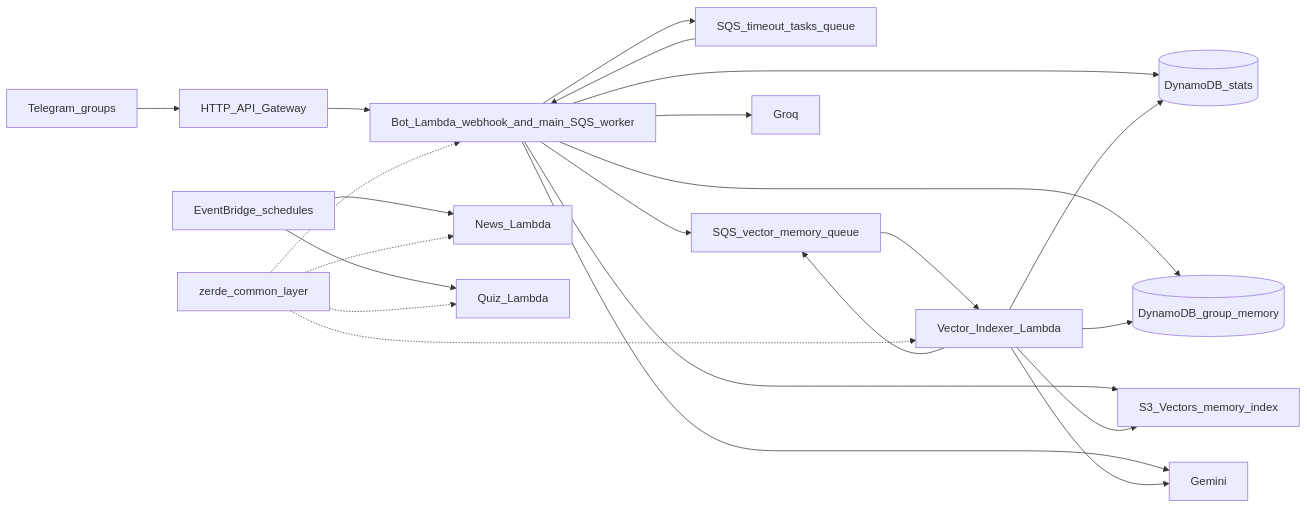
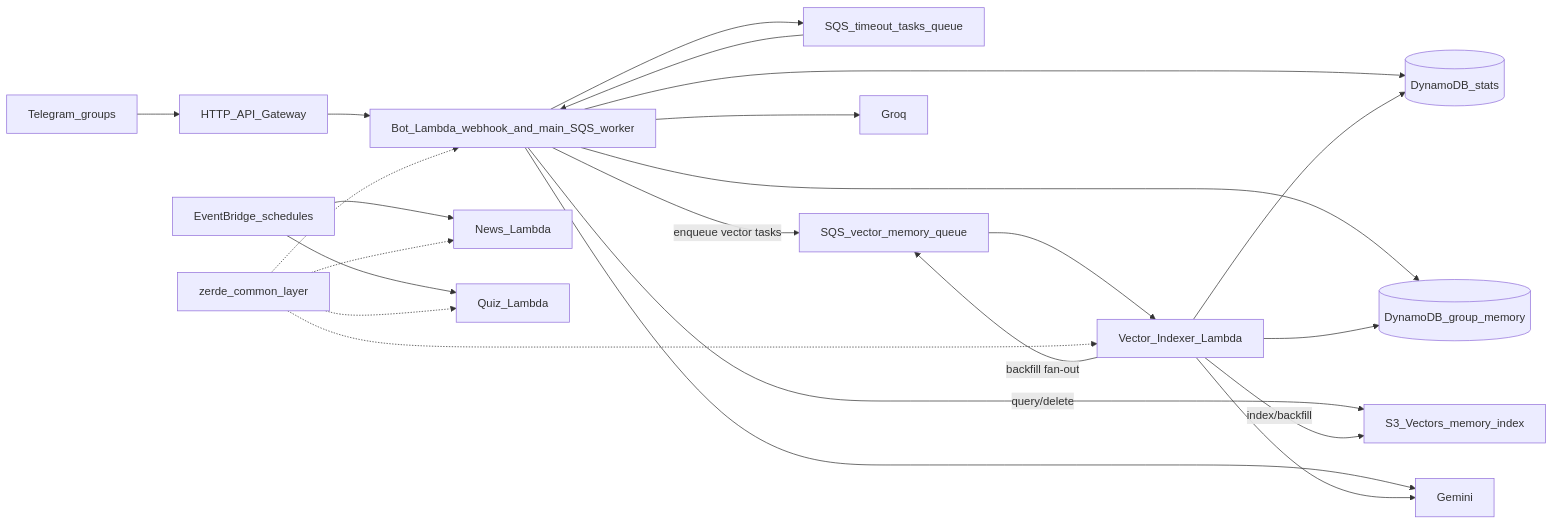
The diagram in .codex/AGENTS.md (Bayashat/zerde-serverless-bot), drawn with Mermaid before and after one commit. The commit also changed 9 other files, not shown here.

Commit message:
docs: align vector indexer architecture (#119)

````diff
--- a/.codex/AGENTS.md
+++ b/.codex/AGENTS.md
@@ -50,25 +50,25 @@
 ```mermaid
 flowchart LR
   Telegram[Telegram_groups] --> APIGW[HTTP_API_Gateway]
   APIGW --> BotLambda[Bot_Lambda_webhook_and_main_SQS_worker]
   MainQ[SQS_timeout_tasks_queue] --> BotLambda
   VectorQ[SQS_vector_memory_queue] --> VectorIndexer[Vector_Indexer_Lambda]
   BotLambda --> MainQ
-  BotLambda --> VectorQ
+  BotLambda -- "enqueue vector tasks" --> VectorQ
   BotLambda --> Stats[(DynamoDB_stats)]
   BotLambda --> Memory[(DynamoDB_group_memory)]
-  BotLambda --> S3Vectors[S3_Vectors_memory_index]
+  BotLambda -- "query/delete" --> S3Vectors[S3_Vectors_memory_index]
   BotLambda --> Gemini[Gemini]
   BotLambda --> Groq[Groq]
-  VectorIndexer --> VectorQ
+  VectorIndexer -- "backfill fan-out" --> VectorQ
   VectorIndexer --> Stats
   VectorIndexer --> Memory
-  VectorIndexer --> S3Vectors
+  VectorIndexer -- "index/backfill" --> S3Vectors
   VectorIndexer --> Gemini
   EventBridge[EventBridge_schedules] --> NewsLambda[News_Lambda]
   EventBridge --> QuizLambda[Quiz_Lambda]
   Layer[zerde_common_layer] -.-> BotLambda
   Layer -.-> VectorIndexer
   Layer -.-> NewsLambda
   Layer -.-> QuizLambda
 ```
````
